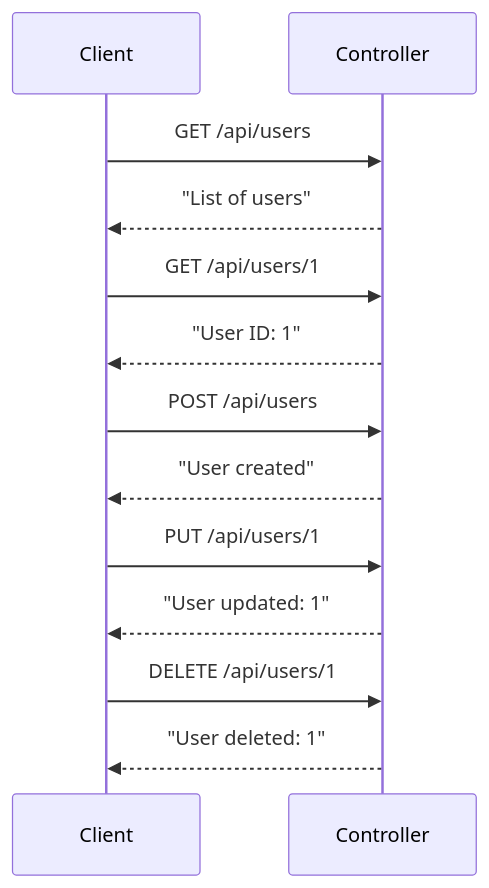
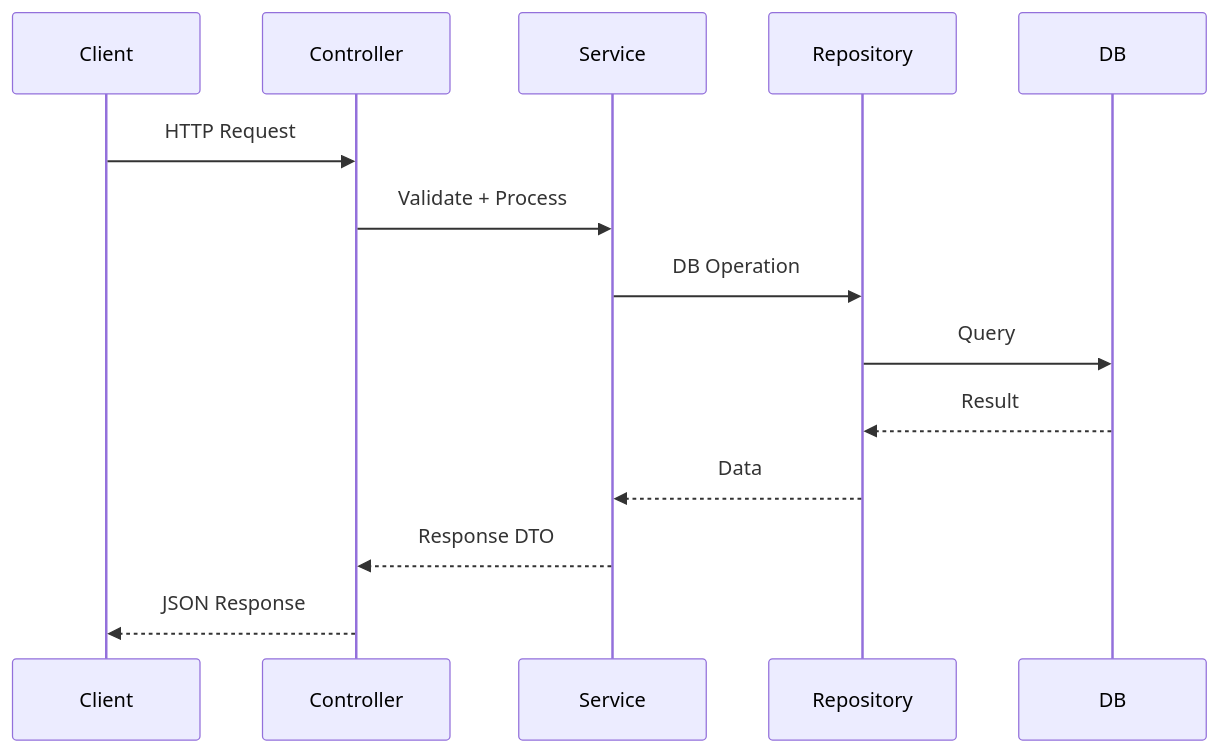
Before and after one commit to endse/Fullstack-2: the second of 2 diagrams in experiment8(RestAPI)/README.md, drawn with Mermaid. The commit also changed other lines of this file, not shown here.

Commit message:
Revise README to enhance clarity on production-grade REST API design and implementation using Spring Boot, including layered architecture, request flow, and exception handling.

````diff
--- a/experiment8(RestAPI)/README.md
+++ b/experiment8(RestAPI)/README.md
@@ -76,20 +31,17 @@
 ```mermaid
 sequenceDiagram
     participant Client
     participant Controller
+    participant Service
+    participant Repository
+    participant DB
 
-    Client->>Controller: GET /api/users
-    Controller-->>Client: "List of users"
-
-    Client->>Controller: GET /api/users/1
-    Controller-->>Client: "User ID: 1"
-
-    Client->>Controller: POST /api/users
-    Controller-->>Client: "User created"
-
-    Client->>Controller: PUT /api/users/1
-    Controller-->>Client: "User updated: 1"
-
-    Client->>Controller: DELETE /api/users/1
-    Controller-->>Client: "User deleted: 1"
+    Client->>Controller: HTTP Request
+    Controller->>Service: Validate + Process
+    Service->>Repository: DB Operation
+    Repository->>DB: Query
+    DB-->>Repository: Result
+    Repository-->>Service: Data
+    Service-->>Controller: Response DTO
+    Controller-->>Client: JSON Response
 ```
````
